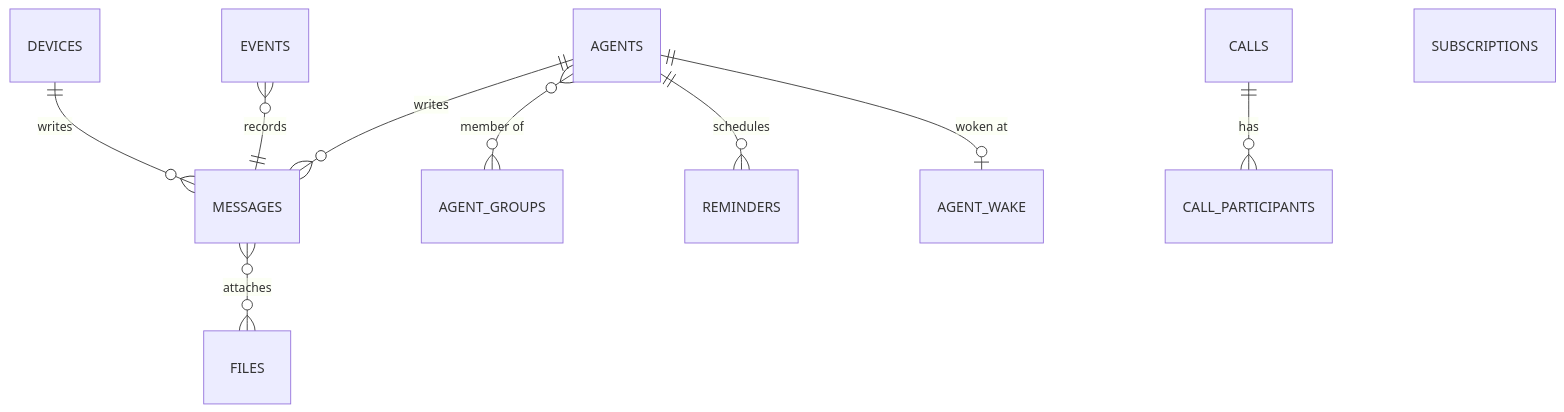
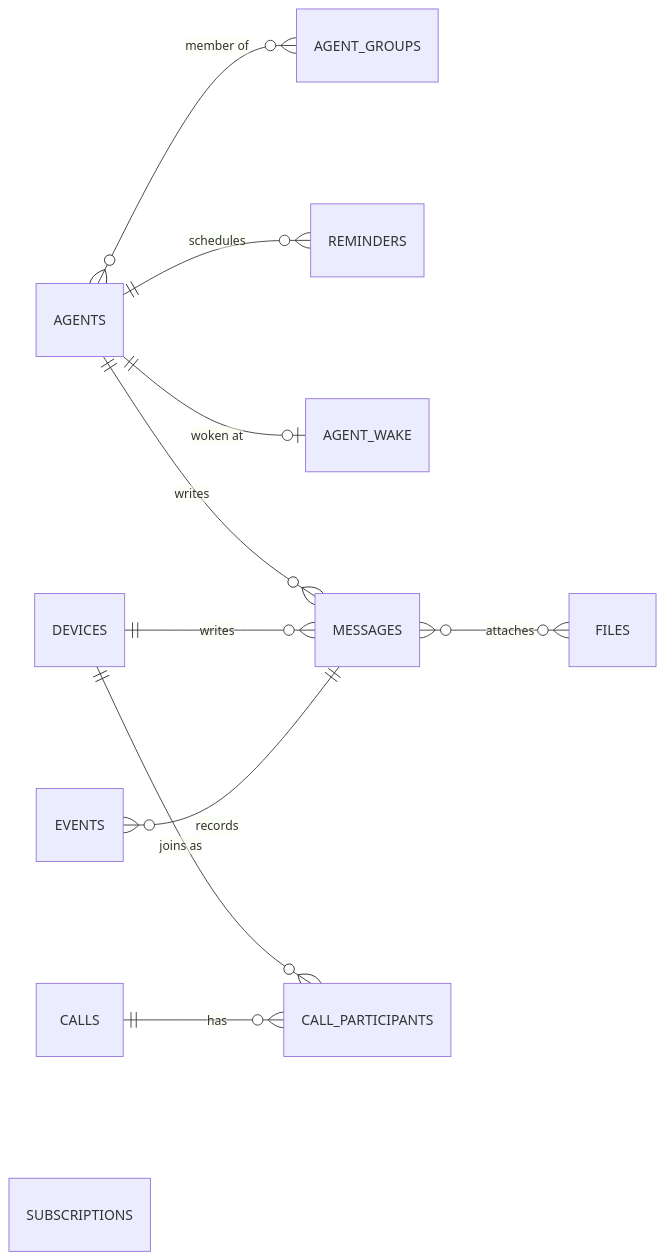
One commit to mixx86/hivepal changed the eighth of 8 diagrams in docs/concepts/how-it-works.md. Above: the diagram before and after it, drawn with Mermaid. The commit also changed other lines of this file and 1 other file, not shown here.

First line of the commit message:
Docs: narrower diagrams so they stay readable on the website

````diff
--- a/docs/concepts/how-it-works.md
+++ b/docs/concepts/how-it-works.md
@@ -167,12 +167,14 @@
 ```mermaid
 erDiagram
-    AGENTS ||--o{ MESSAGES : writes
+    direction LR
     AGENTS }o--o{ AGENT_GROUPS : "member of"
     AGENTS ||--o{ REMINDERS : schedules
     AGENTS ||--o| AGENT_WAKE : "woken at"
+    AGENTS ||--o{ MESSAGES : writes
     DEVICES ||--o{ MESSAGES : writes
     MESSAGES }o--o{ FILES : attaches
+    EVENTS }o--|| MESSAGES : records
+    DEVICES ||--o{ CALL_PARTICIPANTS : "joins as"
     CALLS ||--o{ CALL_PARTICIPANTS : has
-    EVENTS }o--|| MESSAGES : "records"
     SUBSCRIPTIONS
 ```
````
